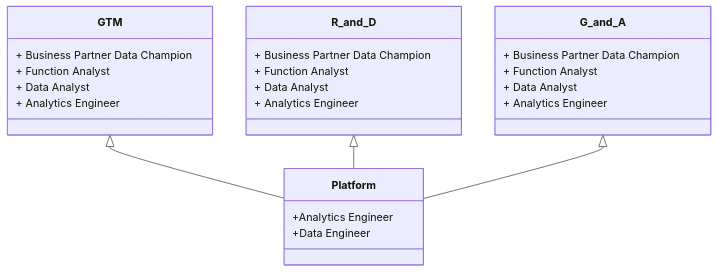
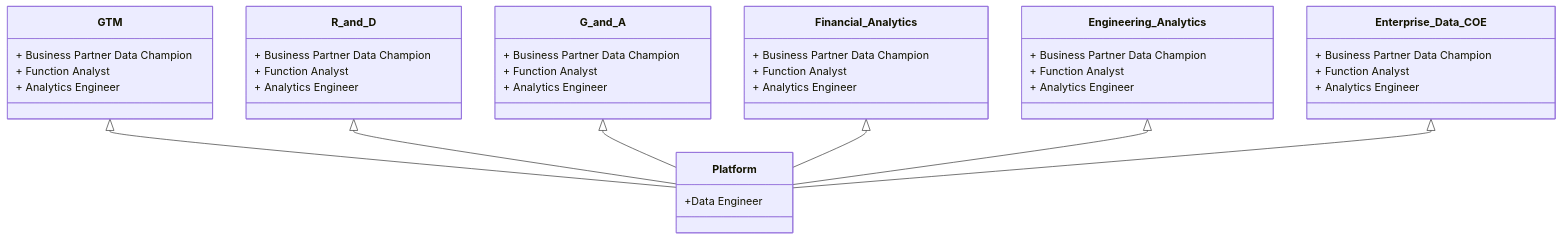
Before and after one commit to secretstartups/handbook: the first of 6 diagrams in business-technology/data-team/organization/index.html.md, drawn with Mermaid. The commit also changed other lines of this file, not shown here.

Commit message:
Update Data Fusion handbook page with assignments, roles, and responsibilities

````diff
--- a/business-technology/data-team/organization/index.html.md
+++ b/business-technology/data-team/organization/index.html.md
@@ -37,20 +37,28 @@
 ```mermaid
 classDiagram
    GTM <|-- Platform
         GTM : + Business Partner Data Champion
         GTM : + Function Analyst
-        GTM : + Data Analyst
         GTM : + Analytics Engineer
     R_and_D <|-- Platform
         R_and_D : + Business Partner Data Champion
         R_and_D : + Function Analyst
-        R_and_D : + Data Analyst
         R_and_D : + Analytics Engineer
     G_and_A <|-- Platform
         G_and_A : + Business Partner Data Champion
         G_and_A : + Function Analyst
-        G_and_A : + Data Analyst
         G_and_A : + Analytics Engineer
-    Platform : +Analytics Engineer
+    Financial_Analytics <|-- Platform
+        Financial_Analytics : + Business Partner Data Champion
+        Financial_Analytics : + Function Analyst
+        Financial_Analytics : + Analytics Engineer
+    Engineering_Analytics <|-- Platform
+        Engineering_Analytics : + Business Partner Data Champion
+        Engineering_Analytics : + Function Analyst
+        Engineering_Analytics : + Analytics Engineer
+    Enterprise_Data_COE <|-- Platform
+        Enterprise_Data_COE : + Business Partner Data Champion
+        Enterprise_Data_COE : + Function Analyst
+        Enterprise_Data_COE : + Analytics Engineer
     Platform : +Data Engineer
   ```
````
